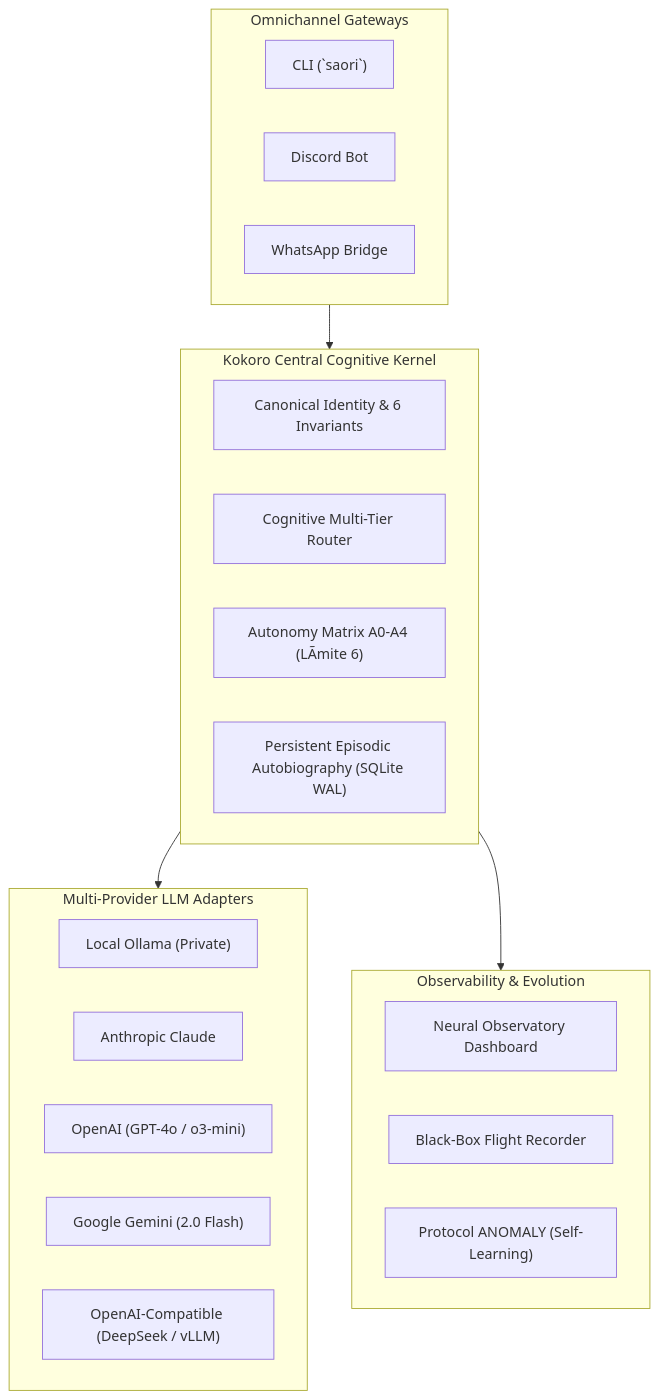
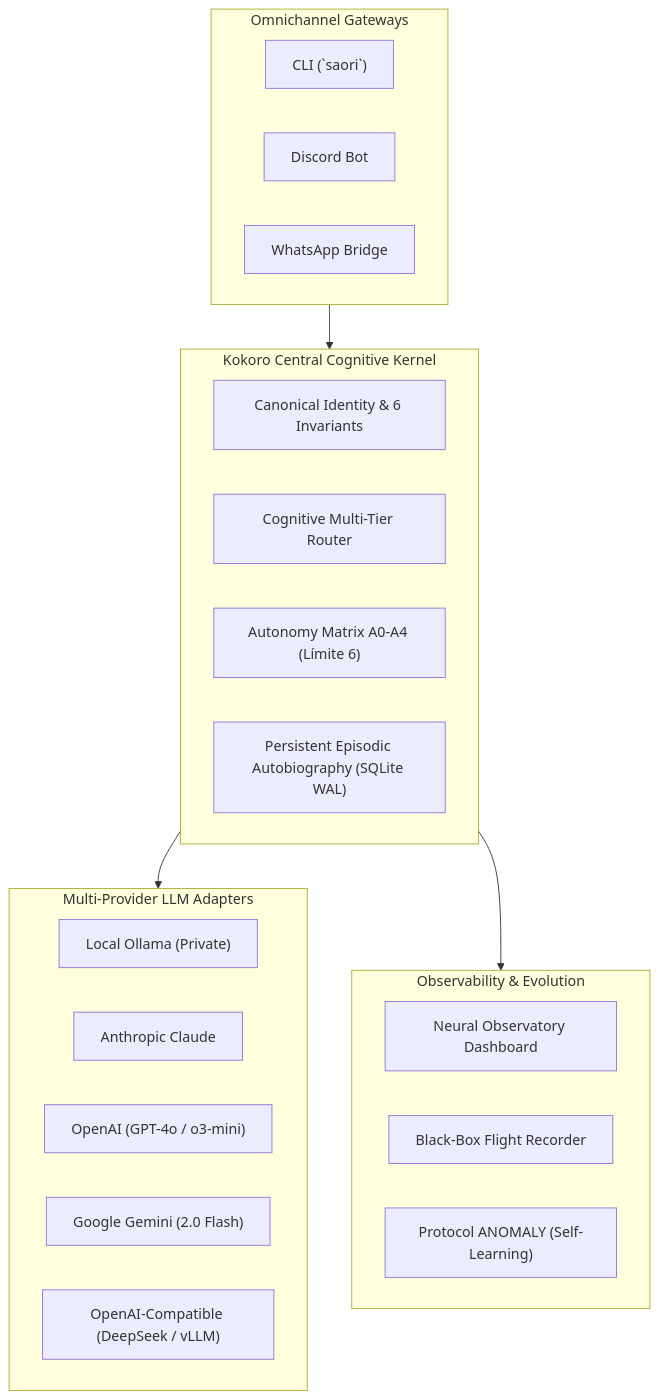
The diagram in README.md (JackStar6677-1/saori), drawn with Mermaid before and after one commit. The commit also changed other lines of this file and 39 other files, not shown here.

````diff
--- a/README.md
+++ b/README.md
@@ -53,33 +53,33 @@
 ```mermaid
 flowchart TD
     subgraph Omnichannel["Omnichannel Gateways"]
         CLI["CLI (`saori`)"]
         Discord["Discord Bot"]
         WA["WhatsApp Bridge"]
     end
 
     subgraph Core["Kokoro Central Cognitive Kernel"]
         Identity["Canonical Identity & 6 Invariants"]
         Router["Cognitive Multi-Tier Router"]
-        Governance["Autonomy Matrix A0-A4 (LÃ­mite 6)"]
+        Governance["Autonomy Matrix A0-A4 (Límite 6)"]
         Memory["Persistent Episodic Autobiography (SQLite WAL)"]
     end
 
     subgraph Providers["Multi-Provider LLM Adapters"]
         Ollama["Local Ollama (Private)"]
         Anthropic["Anthropic Claude"]
         OpenAI["OpenAI (GPT-4o / o3-mini)"]
         Gemini["Google Gemini (2.0 Flash)"]
         vLLM["OpenAI-Compatible (DeepSeek / vLLM)"]
     end
 
     subgraph SRE["Observability & Evolution"]
         Observatory["Neural Observatory Dashboard"]
         Flight["Black-Box Flight Recorder"]
         Anomaly["Protocol ANOMALY (Self-Learning)"]
     end
 
     Omnichannel --> Core
     Core --> Providers
     Core --> SRE
 ```
````
